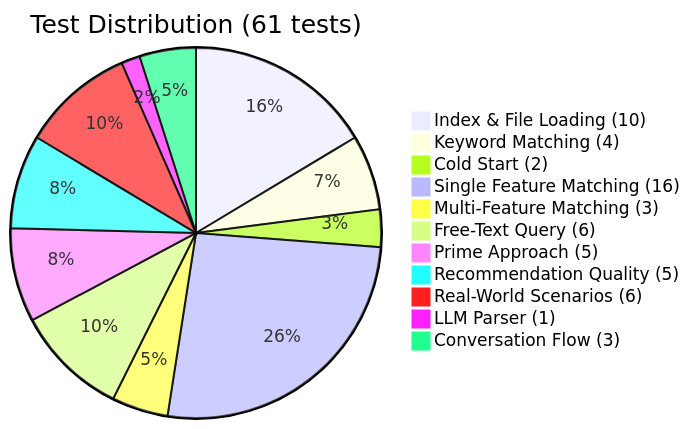
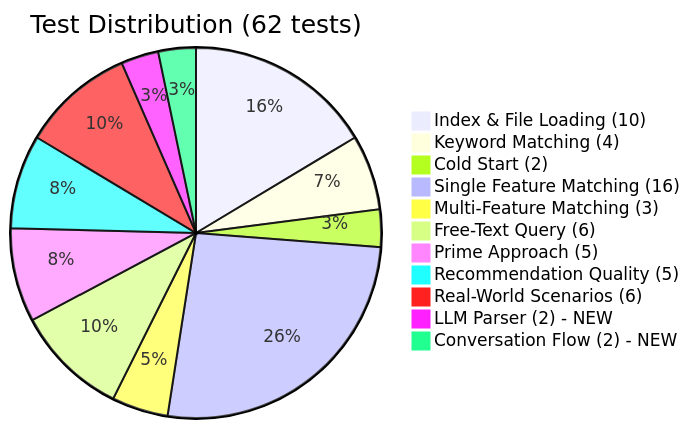
The sixth of 6 diagrams in REPORT.md (keith-leung/COMP713-recm-system), drawn with Mermaid before and after one commit. The commit also changed other lines of this file and 9 other files, not shown here.

````diff
--- a/REPORT.md
+++ b/REPORT.md
@@ -341,14 +256,14 @@
 ```mermaid
-pie title Test Distribution (61 tests)
+pie title Test Distribution (62 tests)
     "Index & File Loading (10)" : 10
     "Keyword Matching (4)" : 4
     "Cold Start (2)" : 2
     "Single Feature Matching (16)" : 16
     "Multi-Feature Matching (3)" : 3
     "Free-Text Query (6)" : 6
     "Prime Approach (5)" : 5
     "Recommendation Quality (5)" : 5
     "Real-World Scenarios (6)" : 6
-    "LLM Parser (1)" : 1
-    "Conversation Flow (3)" : 3
+    "LLM Parser (2) - NEW" : 2
+    "Conversation Flow (2) - NEW" : 2
 ```
````
